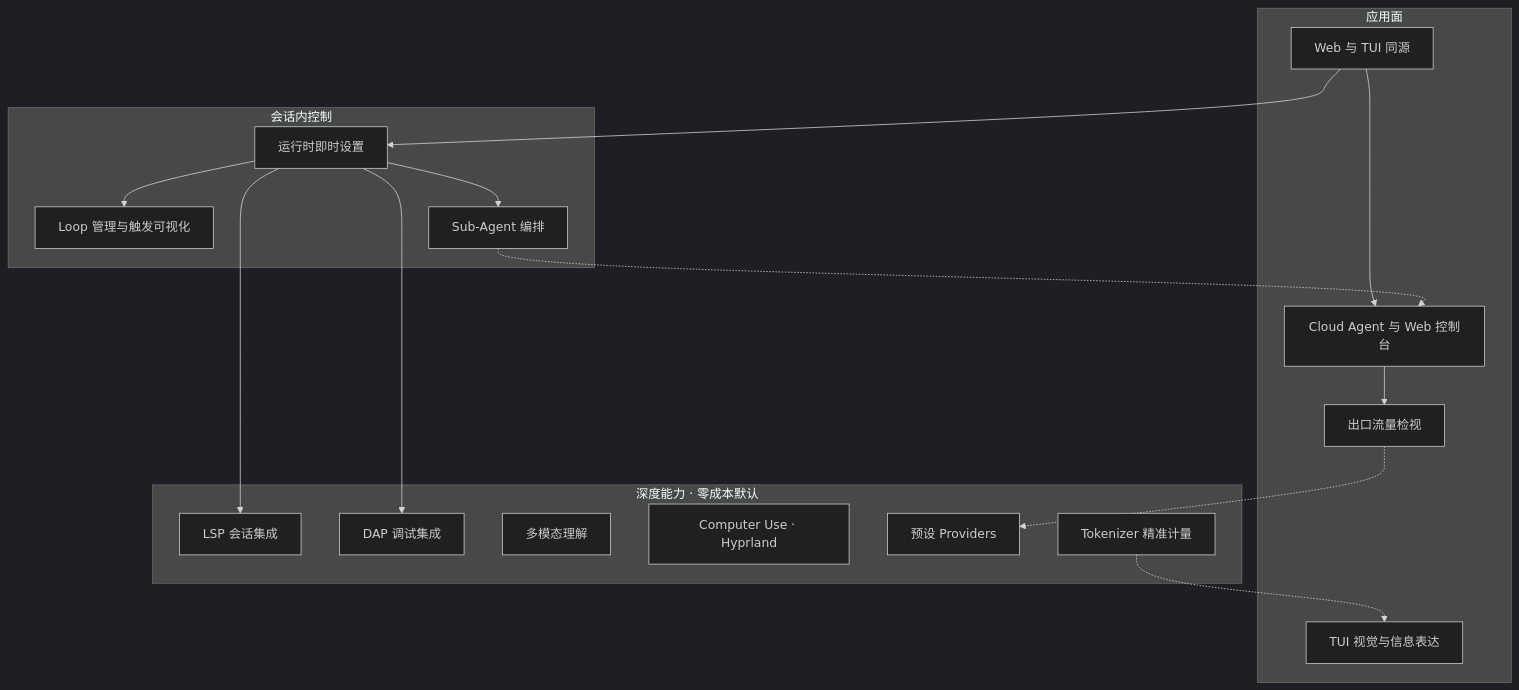
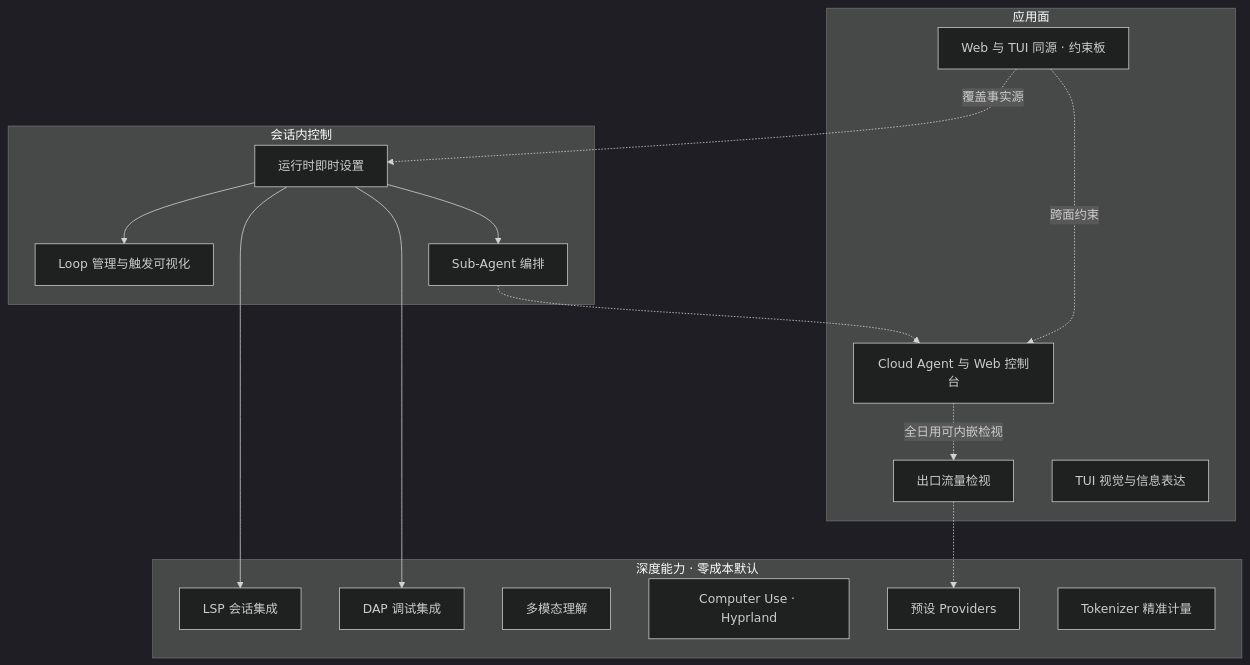
Before and after one commit to StrayDragon/xylitol: the diagram in docs/roadmaps/README.md, drawn with Mermaid (dark theme). The commit also changed other lines of this file and 7 other files, not shown here.

First line of the commit message:
docs(roadmaps): productize six candidates with claimable slices

````diff
--- a/docs/roadmaps/README.md
+++ b/docs/roadmaps/README.md
@@ -26,35 +28,34 @@
 ```mermaid
 flowchart TB
   subgraph Surfaces["应用面"]
-    Homo["Web 与 TUI 同源"]
+    Homo["Web 与 TUI 同源 · 约束板"]
     Web["Cloud Agent 与 Web 控制台"]
     Inspect["出口流量检视"]
     Visual["TUI 视觉与信息表达"]
   end
 
   subgraph SessionCtrl["会话内控制"]
     Live["运行时即时设置"]
     Loop["Loop 管理与触发可视化"]
     Sub["Sub-Agent 编排"]
   end
 
   subgraph Depth["深度能力 · 零成本默认"]
     Lsp["LSP 会话集成"]
     Dap["DAP 调试集成"]
     Multi["多模态理解"]
     Cu["Computer Use · Hyprland"]
     Prov["预设 Providers"]
     Tok["Tokenizer 精准计量"]
   end
 
-  Homo --> Web
-  Web --> Inspect
+  Homo -.->|跨面约束| Web
+  Homo -.->|覆盖事实源| Live
+  Web -.->|全日用可内嵌检视| Inspect
   Live --> Lsp
   Live --> Dap
   Live --> Sub
   Live --> Loop
-  Homo --> Live
-  Tok -.-> Visual
   Inspect -.-> Prov
   Sub -.-> Web
 ```
````
